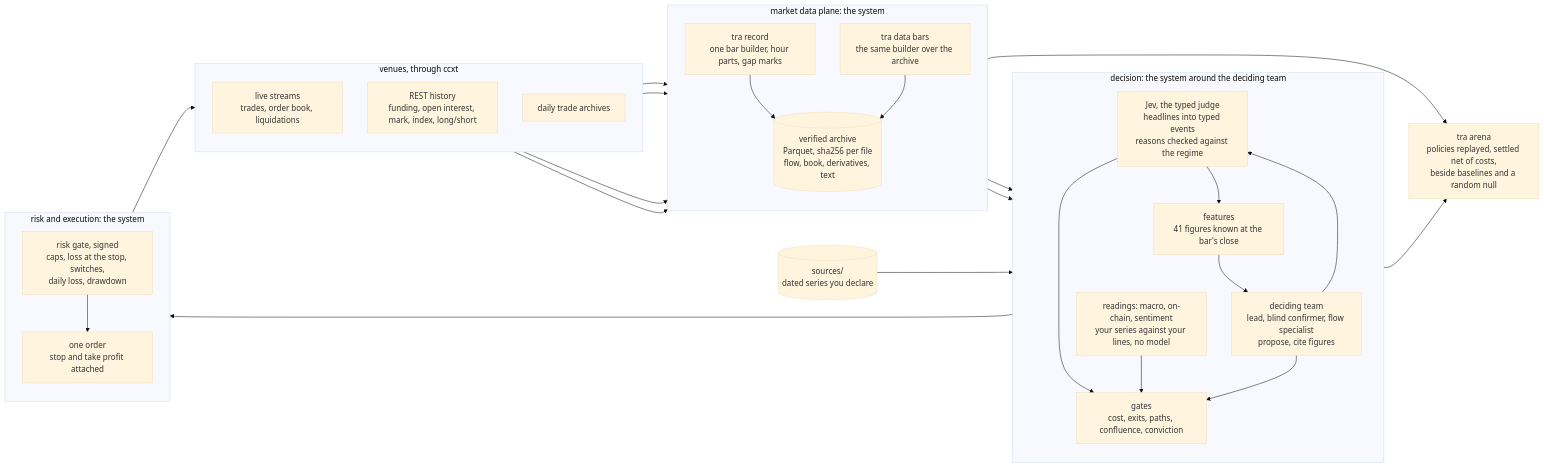
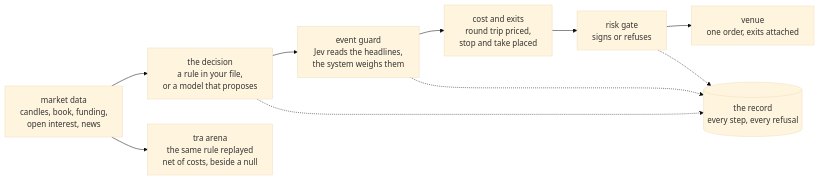
One commit to BijectiveLabs/bitra changed the first of 2 diagrams in README.md. Above: the diagram before and after it, drawn with Mermaid (base theme). The commit also changed other lines of this file and 1 other file, not shown here.

Commit message:
docs(readme): the rule desk, the event guard, what we measured; a map of src

````diff
--- a/README.md
+++ b/README.md
@@ -108,41 +102,16 @@
 ```mermaid
 flowchart LR
-    subgraph venues["venues, through ccxt"]
-        direction TB
-        streams["live streams<br/>trades, order book, liquidations"]
-        rest["REST history<br/>funding, open interest, mark, index, long/short"]
-        archives["daily trade archives"]
-    end
-    subgraph plane["market data plane: the system"]
-        direction TB
-        record["tra record<br/>one bar builder, hour parts, gap marks"]
-        bars["tra data bars<br/>the same builder over the archive"]
-        store[("verified archive<br/>Parquet, sha256 per file<br/>flow, book, derivatives, text")]
-    end
-    subgraph decide["decision: the system around the deciding team"]
-        direction TB
-        judge["Jev, the typed judge<br/>headlines into typed events<br/>reasons checked against the regime"]
-        features["features<br/>41 figures known at the bar's close"]
-        readings["readings: macro, on-chain, sentiment<br/>your series against your lines, no model"]
-        analyst["deciding team<br/>lead, blind confirmer, flow specialist<br/>propose, cite figures"]
-        gates["gates<br/>cost, exits, paths, confluence, conviction"]
-    end
-    shelf[("sources/<br/>dated series you declare")]
-    subgraph act["risk and execution: the system"]
-        direction TB
-        risk["risk gate, signed<br/>caps, loss at the stop, switches,<br/>daily loss, drawdown"]
-        order["one order<br/>stop and take profit attached"]
-    end
-    arena["tra arena<br/>policies replayed, settled net of costs,<br/>beside baselines and a random null"]
-    streams --> record --> store
-    archives --> bars --> store
-    rest --> record
-    rest --> bars
-    store --> features
-    store --> judge --> features
-    analyst --> judge --> gates
-    shelf --> readings --> gates
-    features --> analyst --> gates --> risk --> order --> venues
-    store --> arena
-    features --> arena
+    market["market data<br/>candles, book, funding,<br/>open interest, news"]
+    decision["the decision<br/>a rule in your file,<br/>or a model that proposes"]
+    guard["event guard<br/>Jev reads the headlines,<br/>the system weighs them"]
+    cost["cost and exits<br/>round trip priced,<br/>stop and take placed"]
+    risk["risk gate<br/>signs or refuses"]
+    venue["venue<br/>one order, exits attached"]
+    record[("the record<br/>every step, every refusal")]
+    arena["tra arena<br/>the same rule replayed<br/>net of costs, beside a null"]
+    market --> decision --> guard --> cost --> risk --> venue
+    decision -.-> record
+    guard -.-> record
+    risk -.-> record
+    market --> arena
 ```
````
